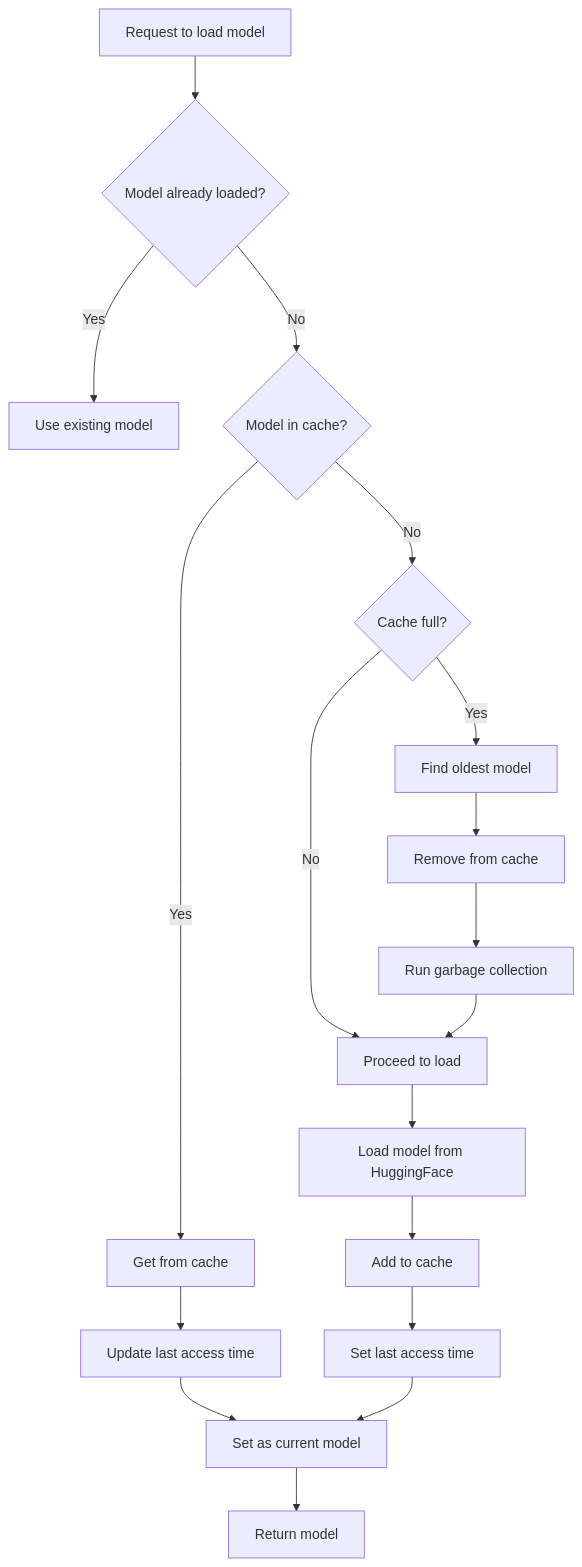
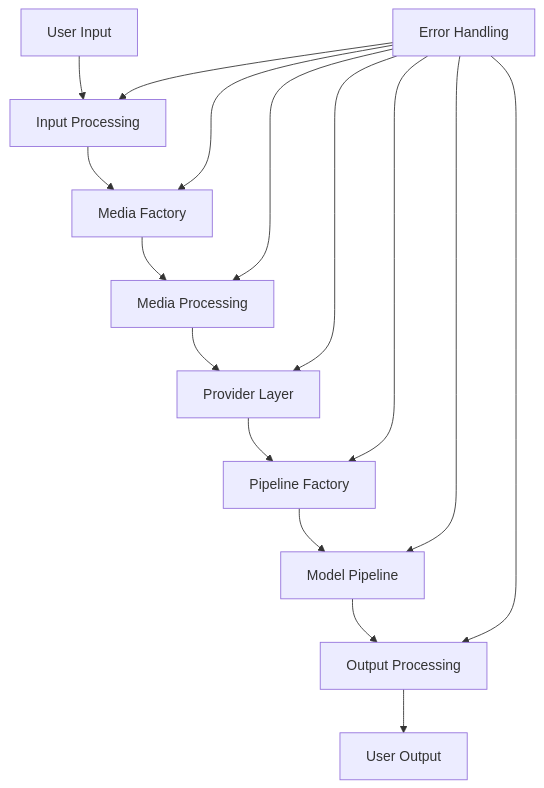
Before and after one commit to lpalbou/AbstractLLM: the first of 6 diagrams in docs/data_flow.md, drawn with Mermaid. The commit also changed other lines of this file and 45 other files, not shown here.

````diff
--- a/docs/data_flow.md
+++ b/docs/data_flow.md
@@ -586,24 +7,19 @@
 ```mermaid
-flowchart TD
-    A[Request to load model] --> B{Model already loaded?}
-    B -->|Yes| C[Use existing model]
-    B -->|No| D{Model in cache?}
+graph TD
+    A[User Input] --> B[Input Processing]
+    B --> C[Media Factory]
+    C --> D[Media Processing]
+    D --> E[Provider Layer]
+    E --> F[Pipeline Factory]
+    F --> G[Model Pipeline]
+    G --> H[Output Processing]
+    H --> I[User Output]
     
-    D -->|Yes| E[Get from cache]
-    E --> F[Update last access time]
-    F --> G[Set as current model]
-    
-    D -->|No| H{Cache full?}
-    H -->|Yes| I[Find oldest model]
-    I --> J[Remove from cache]
-    J --> K[Run garbage collection]
-    H -->|No| L[Proceed to load]
-    K --> L
-    
-    L --> M[Load model from HuggingFace]
-    M --> N[Add to cache]
-    N --> O[Set last access time]
-    O --> G
-    
-    G --> P[Return model]
+    J[Error Handling] --> B
+    J --> C
+    J --> D
+    J --> E
+    J --> F
+    J --> G
+    J --> H
 ```
````
